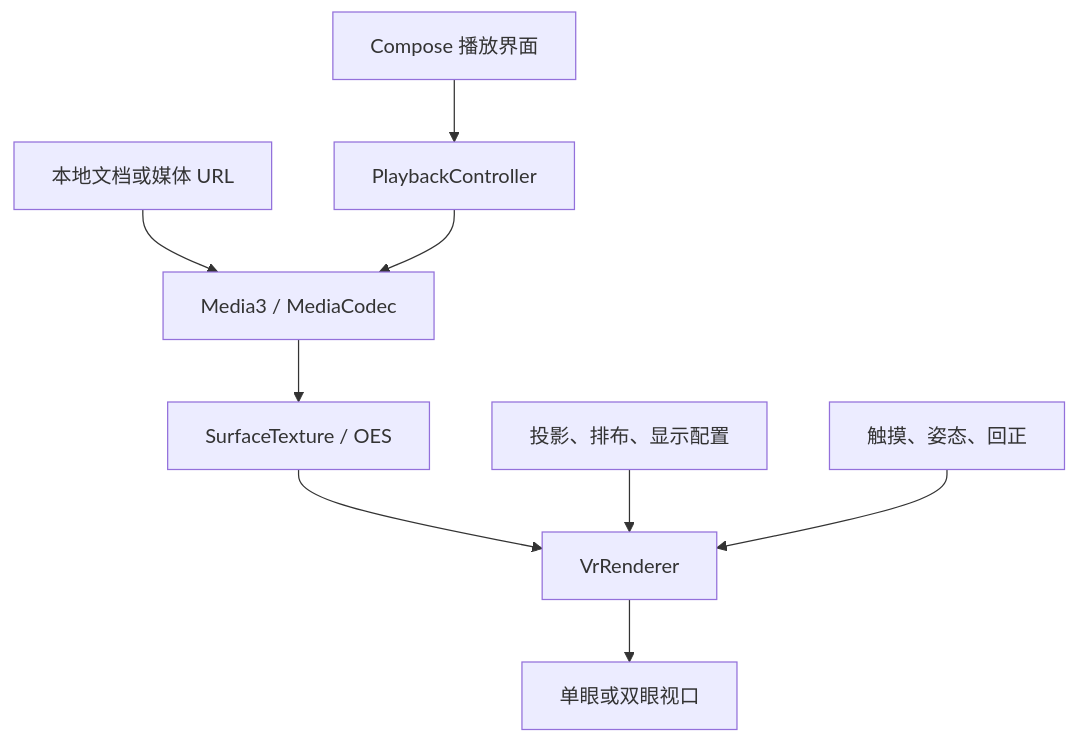
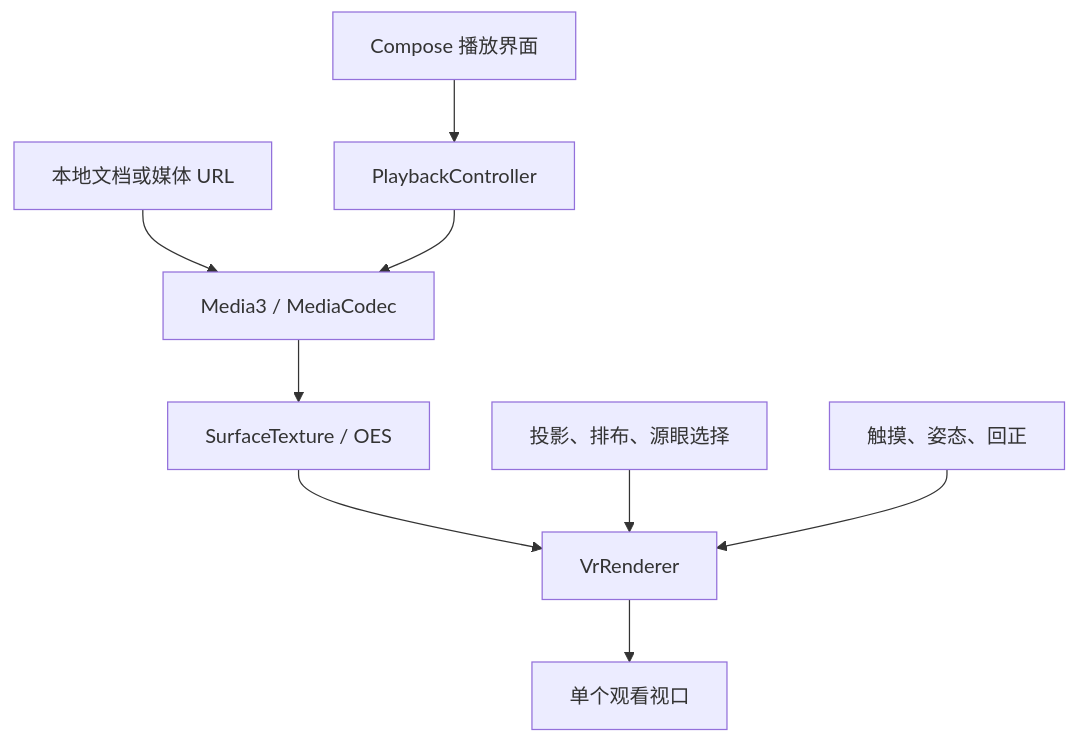
One commit to Grinch27/VRviewer changed the diagram in docs/DESIGN.md. Above: the diagram before and after it, drawn with Mermaid. The commit also changed other lines of this file and 11 other files, not shown here.

````diff
--- a/docs/DESIGN.md
+++ b/docs/DESIGN.md
@@ -84,11 +76,11 @@
 ```mermaid
 flowchart TB
     UI["Compose 播放界面"] --> C["PlaybackController"]
     F["本地文档或媒体 URL"] --> D["Media3 / MediaCodec"]
     C --> D
     D --> T["SurfaceTexture / OES"]
     T --> R["VrRenderer"]
-    P["投影、排布、显示配置"] --> R
+    P["投影、排布、源眼选择"] --> R
     H["触摸、姿态、回正"] --> R
-    R --> O["单眼或双眼视口"]
+    R --> O["单个观看视口"]
 ```
````
